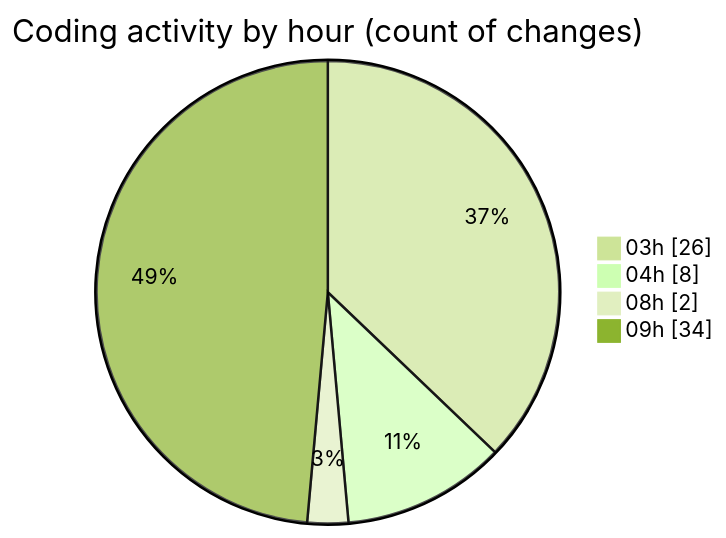
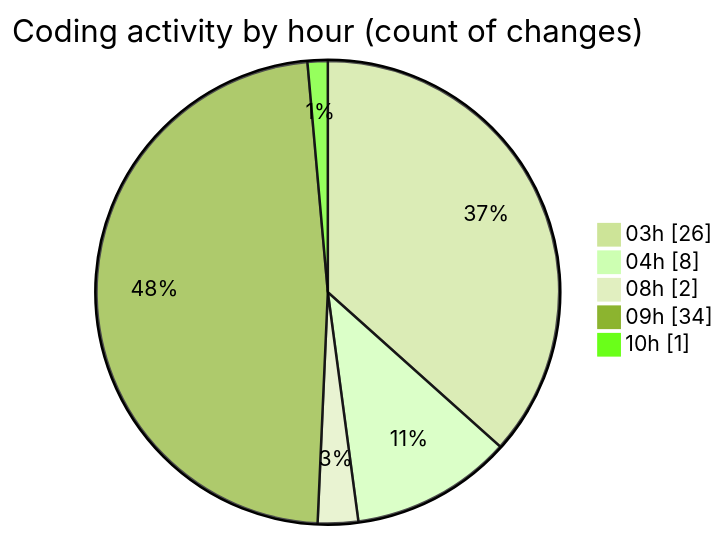
Before and after one commit to JenPaints/code-tracking: the second of 2 diagrams in 2025-06-20/modeljsondesigner/README.md, drawn with Mermaid (forest theme). The commit also changed other lines of this file and 1 other file, not shown here.

````diff
--- a/2025-06-20/modeljsondesigner/README.md
+++ b/2025-06-20/modeljsondesigner/README.md
@@ -47,8 +47,9 @@
 ```mermaid
 pie showData
 title Coding activity by hour (count of changes)
 "03h" : 26
 "04h" : 8
 "08h" : 2
 "09h" : 34
+"10h" : 1
 ```
````
